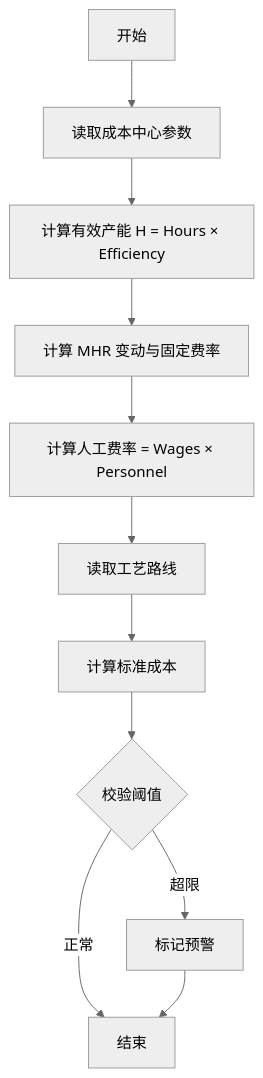
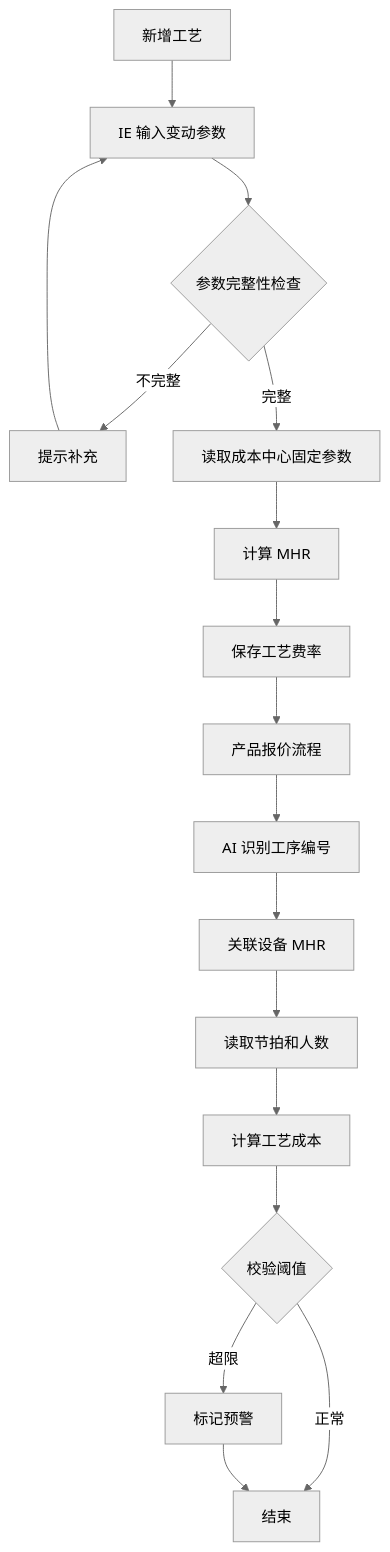
Before and after one commit to randyluo85/Quoting-Copilot: the diagram in docs/PROCESS_COST_LOGIC.md, drawn with Mermaid (neutral theme). The commit also changed other lines of this file, not shown here.

````diff
--- a/docs/PROCESS_COST_LOGIC.md
+++ b/docs/PROCESS_COST_LOGIC.md
@@ -265,13 +359,20 @@
 ```mermaid
 flowchart TD
-    A[开始] --> B[读取成本中心参数]
-    B --> C[计算有效产能 H = Hours × Efficiency]
-    C --> D[计算 MHR 变动与固定费率]
-    D --> E[计算人工费率 = Wages × Personnel]
-    E --> F[读取工艺路线]
-    F --> G[计算标准成本]
-    G --> H{校验阈值}
-    H -->|超限| I[标记预警]
-    H -->|正常| J[结束]
-    I --> J
+    A[新增工艺] --> B[IE 输入变动参数]
+    B --> C{参数完整性检查}
+    C -->|不完整| D[提示补充]
+    D --> B
+    C -->|完整| E[读取成本中心固定参数]
+    E --> F[计算 MHR]
+    F --> G[保存工艺费率]
+
+    G --> H[产品报价流程]
+    H --> I[AI 识别工序编号]
+    I --> J[关联设备 MHR]
+    J --> K[读取节拍和人数]
+    K --> L[计算工艺成本]
+    L --> M{校验阈值}
+    M -->|超限| N[标记预警]
+    M -->|正常| O[结束]
+    N --> O
 ```
````
